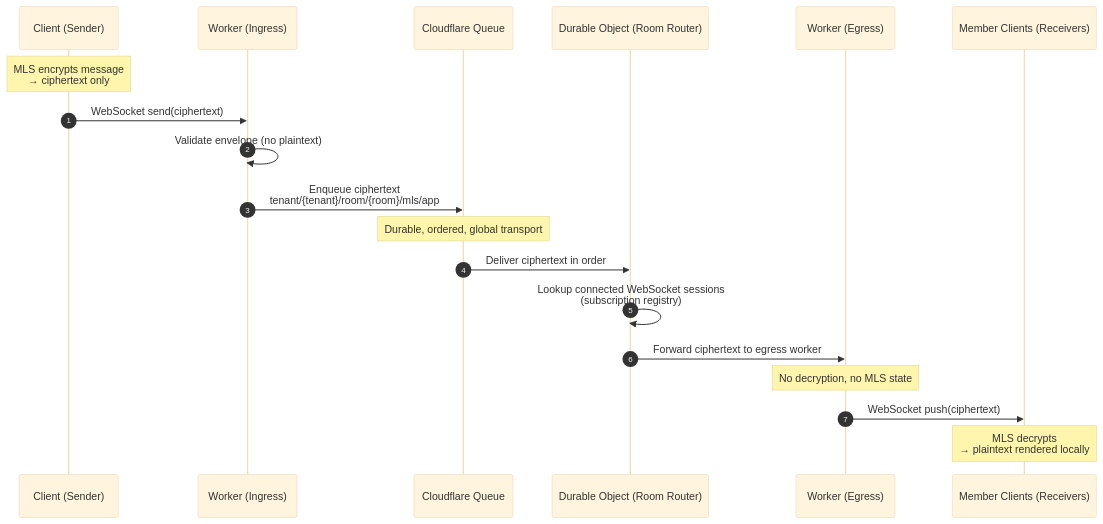
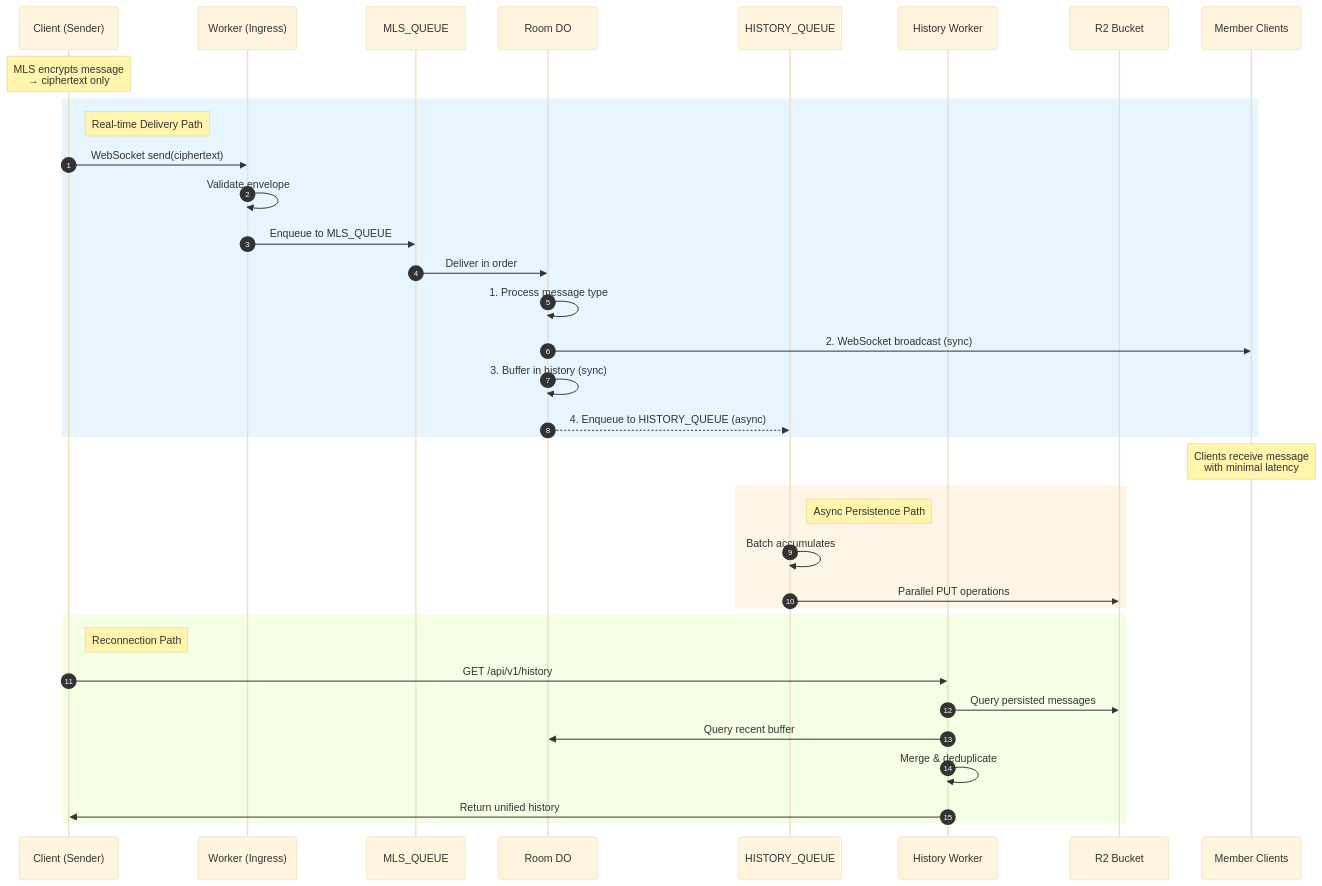
Before and after one commit to tunnl3d/design: the diagram in infra-cf/architecture.md, drawn with Mermaid (base theme). The commit also changed other lines of this file and 4 other files, not shown here.

````diff
--- a/infra-cf/architecture.md
+++ b/infra-cf/architecture.md
@@ -339,30 +269,43 @@
 ```mermaid
 sequenceDiagram
     autonumber
-
     participant C as Client (Sender)
-    participant W_in as Worker (Ingress)
-    participant Q as Cloudflare Queue
-    participant DO as Durable Object (Room Router)
-    participant W_out as Worker (Egress)
-    participant M as Member Clients (Receivers)
+    participant W as Worker (Ingress)
+    participant MQ as MLS_QUEUE
+    participant DO as Room DO
+    participant HQ as HISTORY_QUEUE
+    participant HW as History Worker
+    participant R2 as R2 Bucket
+    participant M as Member Clients
 
     Note over C: MLS encrypts message<br/>→ ciphertext only
 
-    C->>W_in: WebSocket send(ciphertext)
-    W_in->>W_in: Validate envelope (no plaintext)
-    W_in->>Q: Enqueue ciphertext<br/>tenant/{tenant}/room/{room}/mls/app
+    rect rgb(230, 245, 255)
+        Note right of C: Real-time Delivery Path
+        C->>W: WebSocket send(ciphertext)
+        W->>W: Validate envelope
+        W->>MQ: Enqueue to MLS_QUEUE
+        MQ->>DO: Deliver in order
+        DO->>DO: 1. Process message type
+        DO->>M: 2. WebSocket broadcast (sync)
+        DO->>DO: 3. Buffer in history (sync)
+        DO-->>HQ: 4. Enqueue to HISTORY_QUEUE (async)
+    end
 
-    Note over Q: Durable, ordered, global transport
+    Note over M: Clients receive message<br/>with minimal latency
 
-    Q->>DO: Deliver ciphertext in order
+    rect rgb(255, 245, 230)
+        Note right of HQ: Async Persistence Path
+        HQ->>HQ: Batch accumulates
+        HQ->>R2: Parallel PUT operations
+    end
 
-    DO->>DO: Lookup connected WebSocket sessions<br/>(subscription registry)
-    DO->>W_out: Forward ciphertext to egress worker
-
-    Note over W_out: No decryption, no MLS state
-
-    W_out->>M: WebSocket push(ciphertext)
-
-    Note over M: MLS decrypts<br/>→ plaintext rendered locally
+    rect rgb(245, 255, 230)
+        Note right of C: Reconnection Path
+        C->>HW: GET /api/v1/history
+        HW->>R2: Query persisted messages
+        HW->>DO: Query recent buffer
+        HW->>HW: Merge & deduplicate
+        HW->>C: Return unified history
+    end
 ```
````
